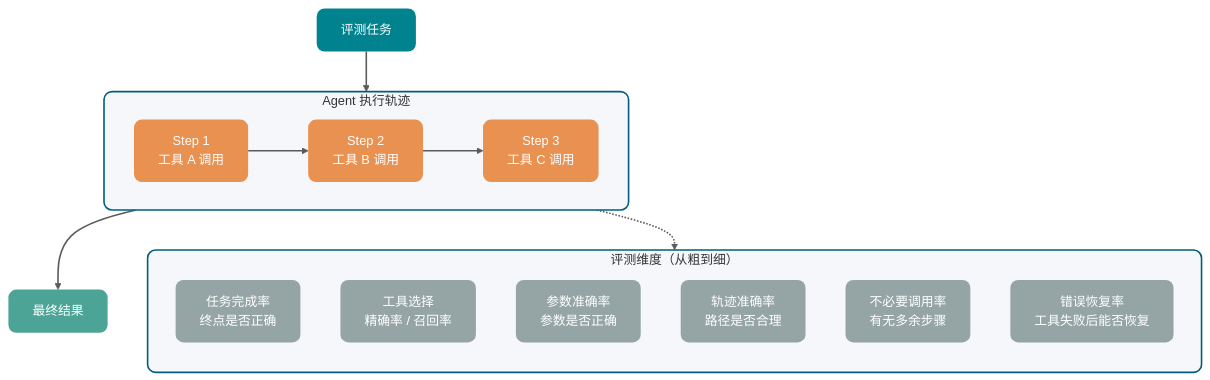
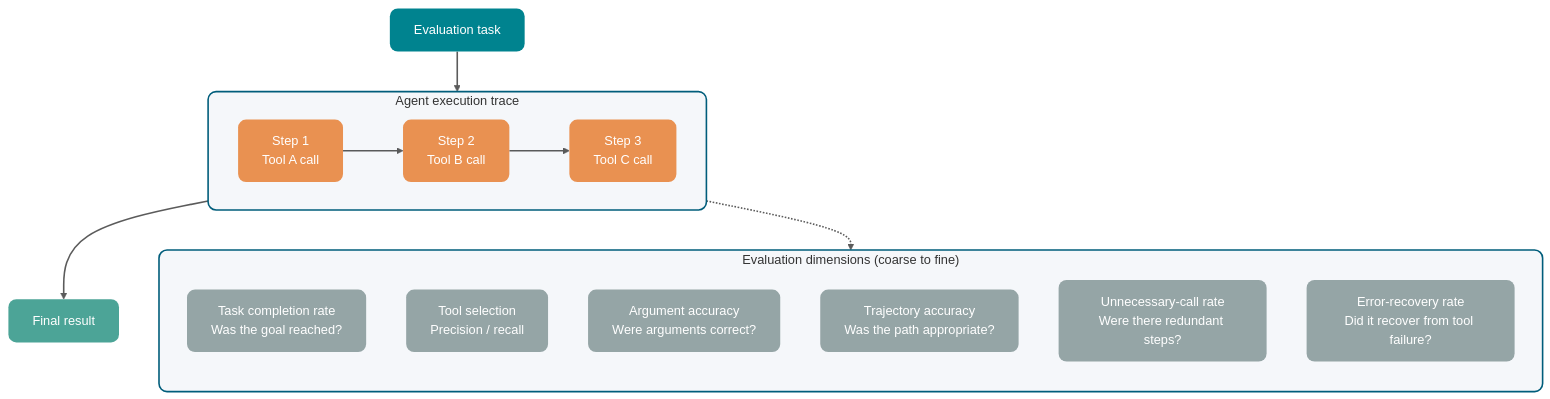
Before and after one commit to m3h3d1/JavaGuideEn: the second of 3 diagrams in docs/ai/llm-basis/llm-evaluation.md, drawn with Mermaid. The commit also changed other lines of this file and 108 other files, not shown here.

````diff
--- a/docs/ai/llm-basis/llm-evaluation.md
+++ b/docs/ai/llm-basis/llm-evaluation.md
@@ -442,36 +442,36 @@
 ```mermaid
 flowchart TB
-    Task["评测任务"]:::client
+    Task["Evaluation task"]:::client
 
-    subgraph agent["Agent 执行轨迹"]
+    subgraph agent["Agent execution trace"]
         direction LR
-        Step1["Step 1\n工具 A 调用"]:::business
-        Step2["Step 2\n工具 B 调用"]:::business
-        Step3["Step 3\n工具 C 调用"]:::business
+        Step1["Step 1\nTool A call"]:::business
+        Step2["Step 2\nTool B call"]:::business
+        Step3["Step 3\nTool C call"]:::business
         Step1 --> Step2 --> Step3
     end
 
-    Result["最终结果"]:::success
+    Result["Final result"]:::success
 
-    subgraph metrics["评测维度（从粗到细）"]
+    subgraph metrics["Evaluation dimensions (coarse to fine)"]
         direction TB
-        M1["任务完成率\n终点是否正确"]:::info
-        M2["工具选择\n精确率 / 召回率"]:::info
-        M3["参数准确率\n参数是否正确"]:::info
-        M4["轨迹准确率\n路径是否合理"]:::info
-        M5["不必要调用率\n有无多余步骤"]:::info
-        M6["错误恢复率\n工具失败后能否恢复"]:::info
+        M1["Task completion rate\nWas the goal reached?"]:::info
+        M2["Tool selection\nPrecision / recall"]:::info
+        M3["Argument accuracy\nWere arguments correct?"]:::info
+        M4["Trajectory accuracy\nWas the path appropriate?"]:::info
+        M5["Unnecessary-call rate\nWere there redundant steps?"]:::info
+        M6["Error-recovery rate\nDid it recover from tool failure?"]:::info
     end
 
     Task --> agent --> Result
     agent -.-> metrics
 
     classDef client fill:#00838F,color:#FFFFFF,stroke:none,rx:10,ry:10
     classDef business fill:#E99151,color:#FFFFFF,stroke:none,rx:10,ry:10
     classDef success fill:#4CA497,color:#FFFFFF,stroke:none,rx:10,ry:10
     classDef info fill:#95A5A6,color:#FFFFFF,stroke:none,rx:10,ry:10
     linkStyle default stroke-width:2px,stroke:#333333,opacity:0.8
 
     style agent fill:#F5F7FA,stroke:#005D7B,stroke-width:2px,rx:10,ry:10
     style metrics fill:#F5F7FA,stroke:#005D7B,stroke-width:2px,rx:10,ry:10
 ```
````
